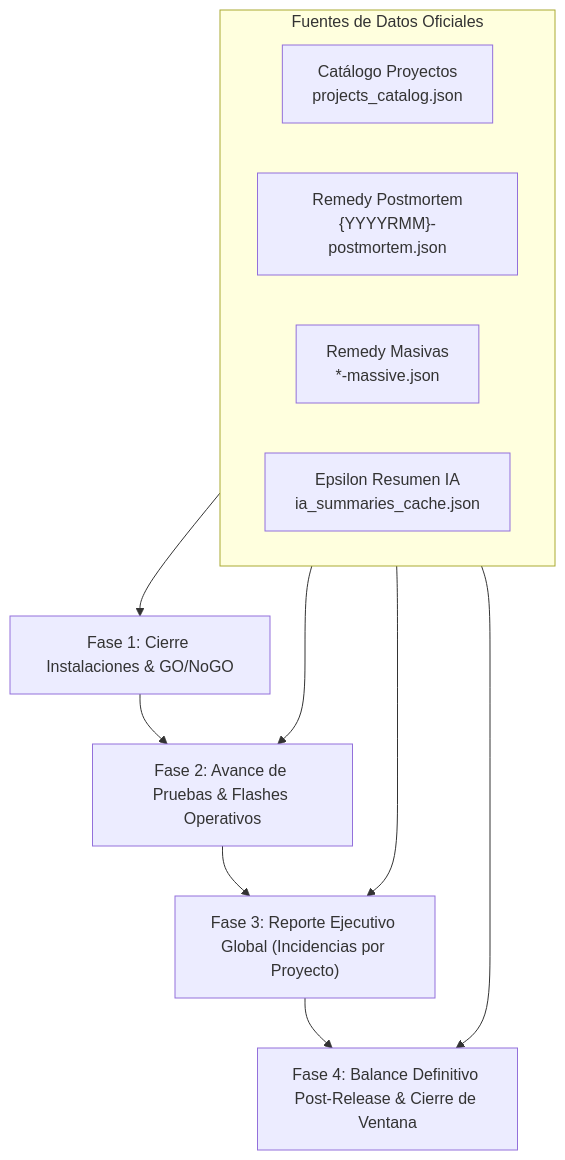
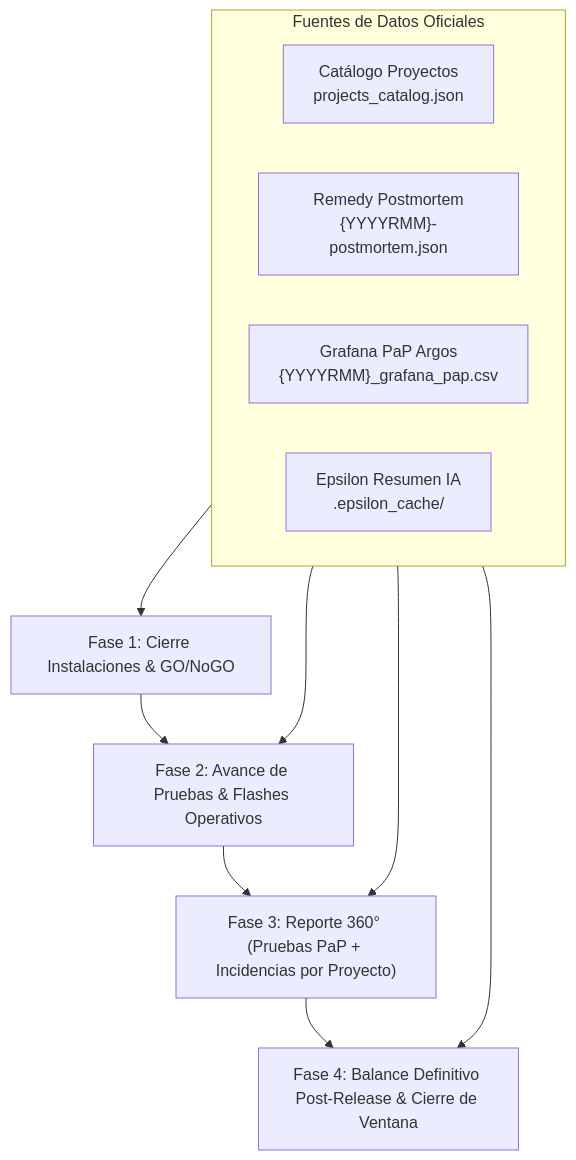
The diagram in .agents/skills/release-project-communication/SKILL.md (jfdelafuente/release-dashboard-application), drawn with Mermaid before and after one commit. The commit also changed other lines of this file and 2 other files, not shown here.

````diff
--- a/.agents/skills/release-project-communication/SKILL.md
+++ b/.agents/skills/release-project-communication/SKILL.md
@@ -66,18 +134,18 @@
 ```mermaid
 flowchart TD
     A["Fase 1: Cierre Instalaciones & GO/NoGO"] --> B["Fase 2: Avance de Pruebas & Flashes Operativos"]
-    B --> C["Fase 3: Reporte Ejecutivo Global (Incidencias por Proyecto)"]
+    B --> C["Fase 3: Reporte 360° (Pruebas PaP + Incidencias por Proyecto)"]
     C --> D["Fase 4: Balance Definitivo Post-Release & Cierre de Ventana"]
 
     subgraph Fuentes ["Fuentes de Datos Oficiales"]
         P["Catálogo Proyectos<br/>projects_catalog.json"]
         I["Remedy Postmortem<br/>{YYYYRMM}-postmortem.json"]
-        M["Remedy Masivas<br/>*-massive.json"]
-        IA["Epsilon Resumen IA<br/>ia_summaries_cache.json"]
+        G["Grafana PaP Argos<br/>{YYYYRMM}_grafana_pap.csv"]
+        IA["Epsilon Resumen IA<br/>.epsilon_cache/"]
     end
 
     Fuentes --> A
     Fuentes --> B
     Fuentes --> C
     Fuentes --> D
 ```
````
